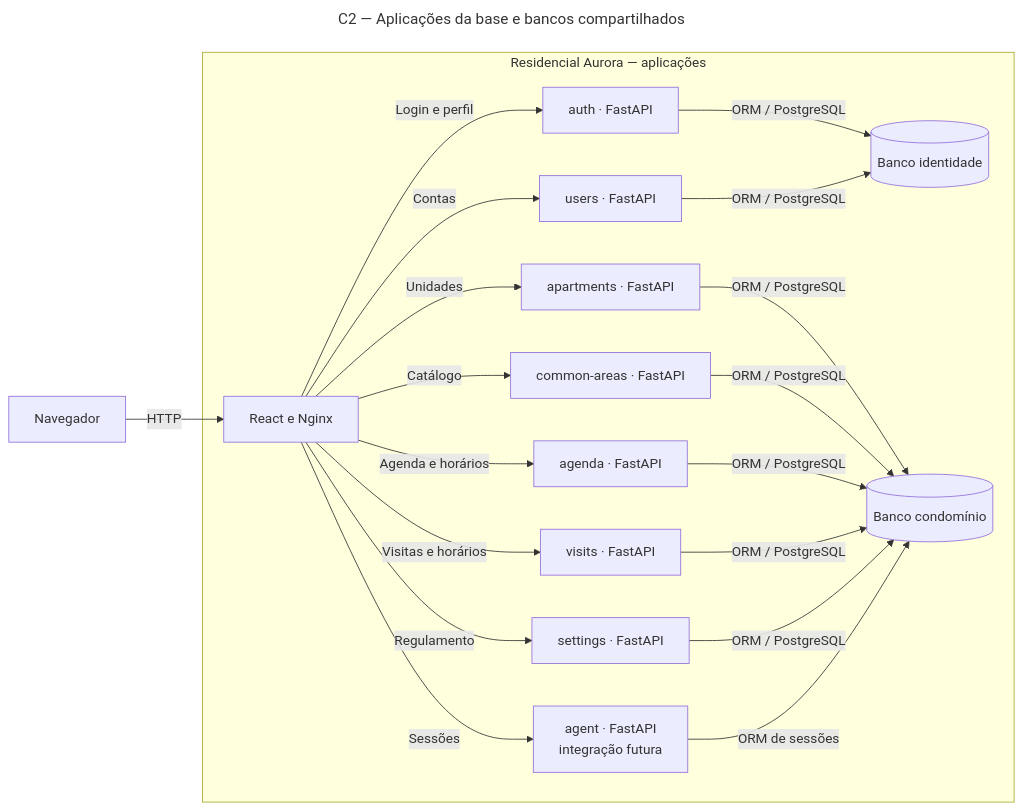
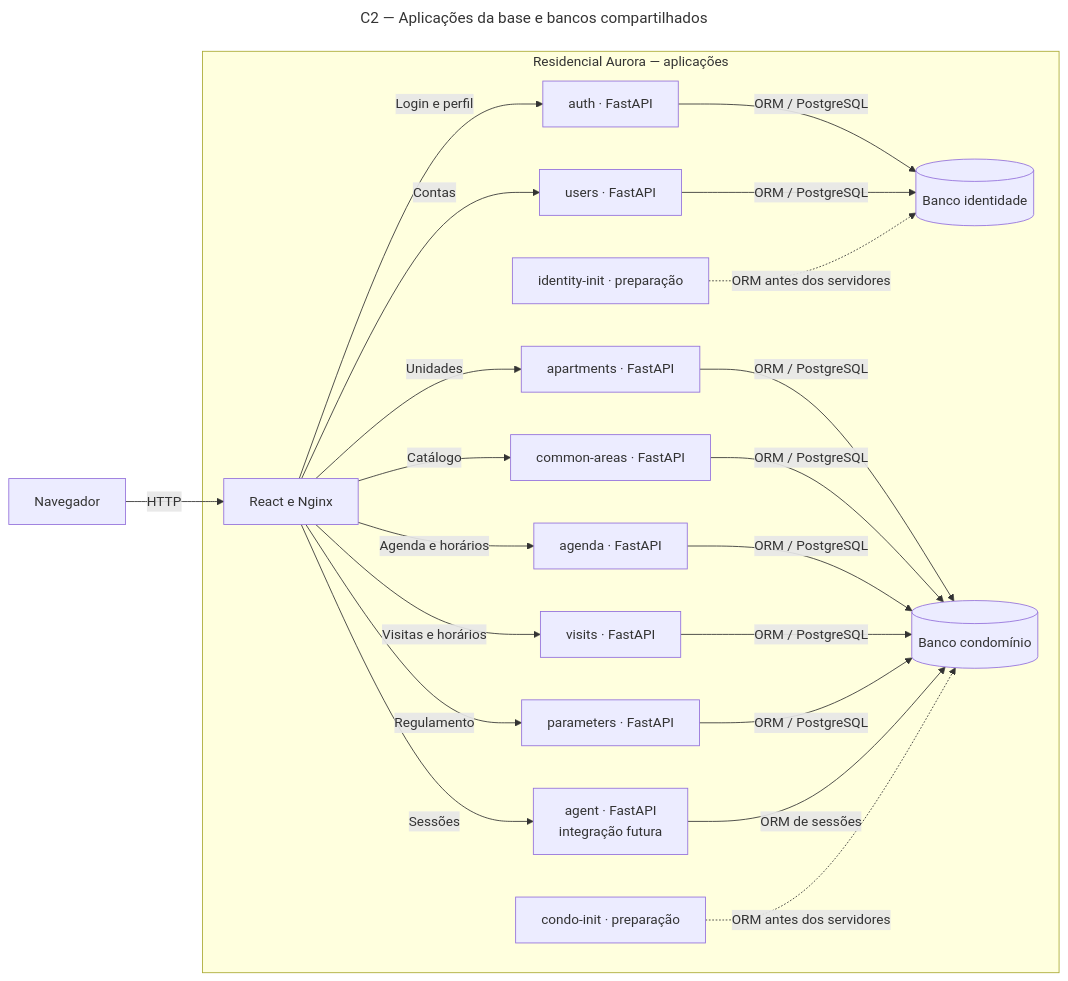
Before and after one commit to LucasBiason/mba-ia-desafio-criacao-agente: the second of 2 diagrams in docs/design/c4-context.md, drawn with Mermaid. The commit also changed other lines of this file and 316 other files, not shown here.

````diff
--- a/docs/design/c4-context.md
+++ b/docs/design/c4-context.md
@@ -36,25 +38,27 @@
 ```mermaid
 ---
 title: C2 — Aplicações da base e bancos compartilhados
 ---
 flowchart LR
     USER["Navegador"] -->|"HTTP"| WEB["React e Nginx"]
     subgraph SYSTEM["Residencial Aurora — aplicações"]
         WEB -->|"Login e perfil"| AUTH["auth · FastAPI"]
         WEB -->|"Contas"| USERS["users · FastAPI"]
         WEB -->|"Unidades"| APTS["apartments · FastAPI"]
         WEB -->|"Catálogo"| AREAS["common-areas · FastAPI"]
         WEB -->|"Agenda e horários"| AGENDA["agenda · FastAPI"]
         WEB -->|"Visitas e horários"| VISITS["visits · FastAPI"]
-        WEB -->|"Regulamento"| SETTINGS["settings · FastAPI"]
+        WEB -->|"Regulamento"| PARAMETERS["parameters · FastAPI"]
         WEB -->|"Sessões"| AGENT["agent · FastAPI<br/>integração futura"]
         AUTH -->|"ORM / PostgreSQL"| IDDB[("Banco identidade")]
         USERS -->|"ORM / PostgreSQL"| IDDB
         APTS -->|"ORM / PostgreSQL"| DB[("Banco condomínio")]
         AREAS -->|"ORM / PostgreSQL"| DB
         AGENDA -->|"ORM / PostgreSQL"| DB
         VISITS -->|"ORM / PostgreSQL"| DB
-        SETTINGS -->|"ORM / PostgreSQL"| DB
+        PARAMETERS -->|"ORM / PostgreSQL"| DB
         AGENT -->|"ORM de sessões"| DB
+        INITID["identity-init · preparação"] -.->|"ORM antes dos servidores"| IDDB
+        INITCONDO["condo-init · preparação"] -.->|"ORM antes dos servidores"| DB
     end
 ```
````
